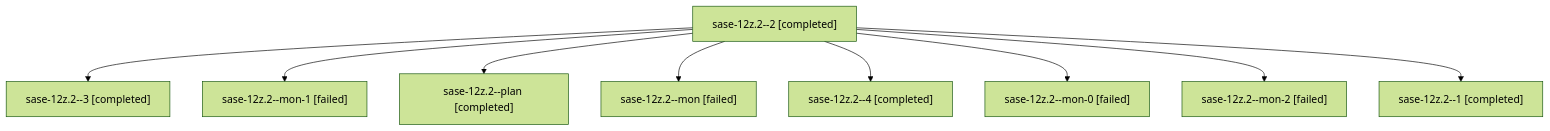
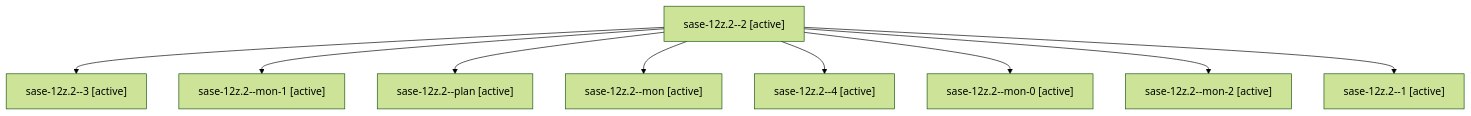
Before and after one commit to sase-org/sase--agents: the diagram in families/bbugyi200.athena.sase-12z.2.md, drawn with Mermaid (forest theme). The commit also changed other lines of this file and 156 other files, not shown here.

````diff
--- a/families/bbugyi200.athena.sase-12z.2.md
+++ b/families/bbugyi200.athena.sase-12z.2.md
@@ -9,20 +9,20 @@
 ```mermaid
 flowchart TD
-  n0["sase-12z.2--2 [completed]"]
-  n1["sase-12z.2--3 [completed]"]
+  n0["sase-12z.2--2 [active]"]
+  n1["sase-12z.2--3 [active]"]
   n0 --> n1
-  n2["sase-12z.2--mon-1 [failed]"]
+  n2["sase-12z.2--mon-1 [active]"]
   n0 --> n2
-  n3["sase-12z.2--plan [completed]"]
+  n3["sase-12z.2--plan [active]"]
   n0 --> n3
-  n4["sase-12z.2--mon [failed]"]
+  n4["sase-12z.2--mon [active]"]
   n0 --> n4
-  n5["sase-12z.2--4 [completed]"]
+  n5["sase-12z.2--4 [active]"]
   n0 --> n5
-  n6["sase-12z.2--mon-0 [failed]"]
+  n6["sase-12z.2--mon-0 [active]"]
   n0 --> n6
-  n7["sase-12z.2--mon-2 [failed]"]
+  n7["sase-12z.2--mon-2 [active]"]
   n0 --> n7
-  n8["sase-12z.2--1 [completed]"]
+  n8["sase-12z.2--1 [active]"]
   n0 --> n8
 ```
````
